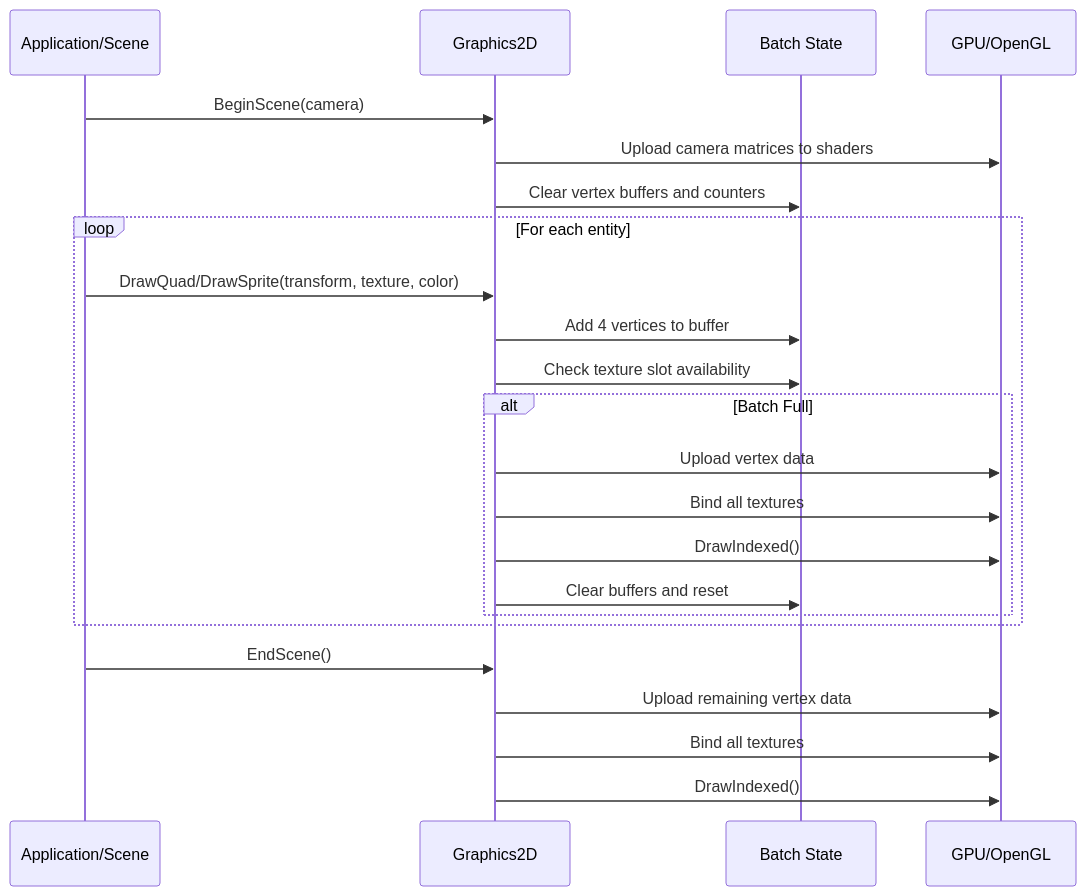
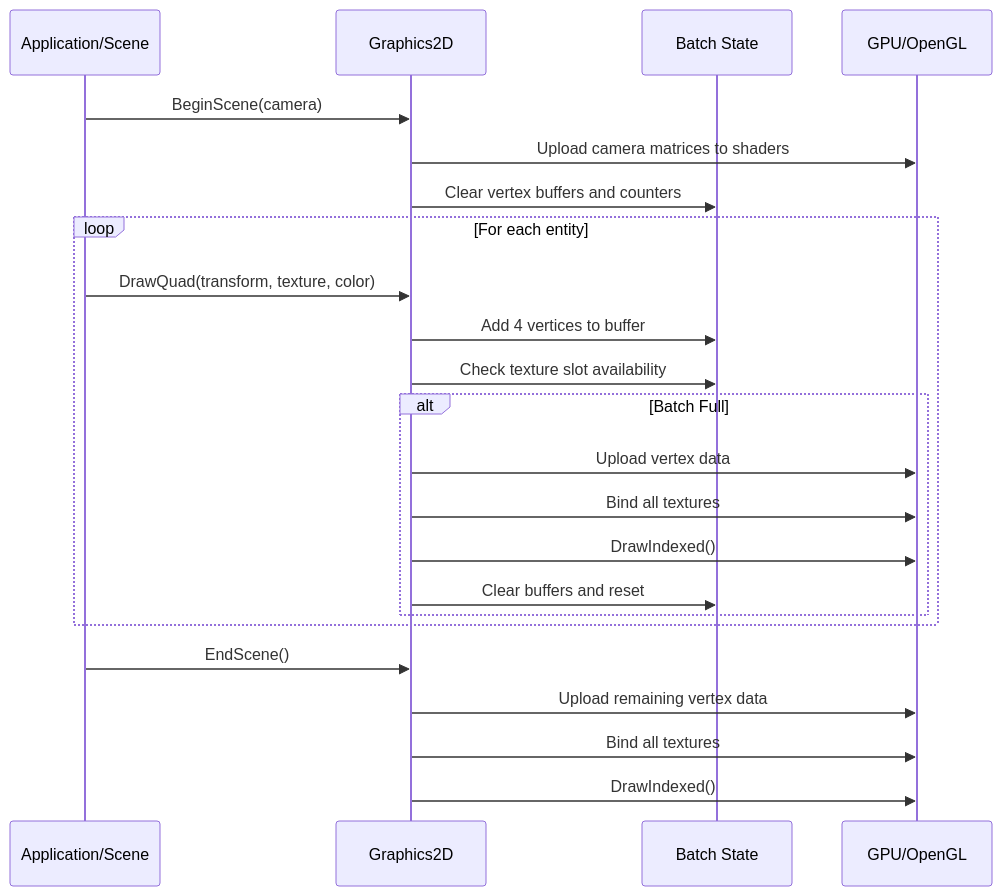
The first of 6 diagrams in docs/opengl/opengl-2d-workflow.md (kateusz/GameEngine), drawn with Mermaid before and after one commit. The commit also changed other lines of this file and 25 other files, not shown here.

````diff
--- a/docs/opengl/opengl-2d-workflow.md
+++ b/docs/opengl/opengl-2d-workflow.md
@@ -73,29 +75,29 @@
 ```mermaid
 sequenceDiagram
     participant App as Application/Scene
     participant Graphics as Graphics2D
     participant Batch as Batch State
     participant GPU as GPU/OpenGL
 
     App->>Graphics: BeginScene(camera)
     Graphics->>GPU: Upload camera matrices to shaders
     Graphics->>Batch: Clear vertex buffers and counters
 
     loop For each entity
-        App->>Graphics: DrawQuad/DrawSprite(transform, texture, color)
+        App->>Graphics: DrawQuad(transform, texture, color)
         Graphics->>Batch: Add 4 vertices to buffer
         Graphics->>Batch: Check texture slot availability
 
         alt Batch Full
             Graphics->>GPU: Upload vertex data
             Graphics->>GPU: Bind all textures
             Graphics->>GPU: DrawIndexed()
             Graphics->>Batch: Clear buffers and reset
         end
     end
 
     App->>Graphics: EndScene()
     Graphics->>GPU: Upload remaining vertex data
     Graphics->>GPU: Bind all textures
     Graphics->>GPU: DrawIndexed()
 ```
````
